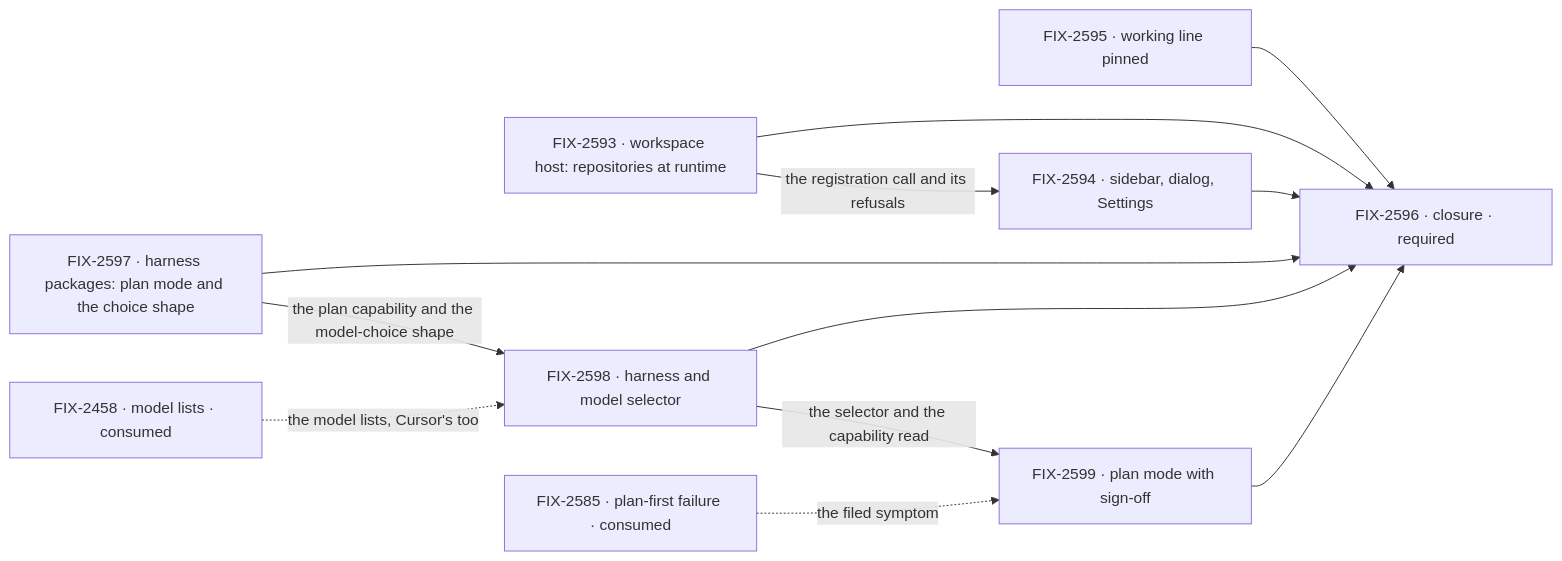
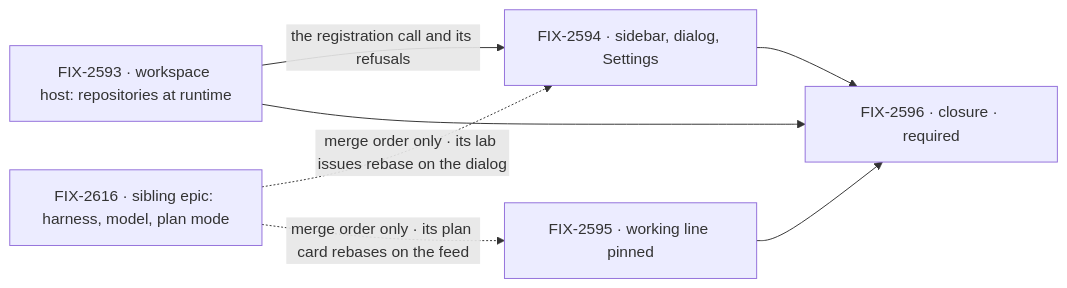
The second of 2 diagrams in specs/epics/FIX-2592/SPEC.md (fixpoint-labs/flow-state-dev), drawn with Mermaid before and after one commit. The commit also changed other lines of this file and 10 other files, not shown here.

````diff
--- a/specs/epics/FIX-2592/SPEC.md
+++ b/specs/epics/FIX-2592/SPEC.md
@@ -93,14 +93,9 @@
 ```mermaid
 flowchart LR
   A["FIX-2593 · workspace host: repositories at runtime"] -->|"the registration call and its refusals"| B["FIX-2594 · sidebar, dialog, Settings"]
-  P["FIX-2597 · harness packages: plan mode and the choice shape"] -->|"the plan capability and the model-choice shape"| D["FIX-2598 · harness and model selector"]
-  D -->|"the selector and the capability read"| E["FIX-2599 · plan mode with sign-off"]
-  M["FIX-2458 · model lists · consumed"] -.->|"the model lists, Cursor's too"| D
-  R["FIX-2585 · plan-first failure · consumed"] -.->|"the filed symptom"| E
   C["FIX-2595 · working line pinned"] --> Z["FIX-2596 · closure · required"]
   A --> Z
   B --> Z
-  P --> Z
-  D --> Z
-  E --> Z
+  S["FIX-2616 · sibling epic: harness, model, plan mode"] -.->|"merge order only · its lab issues rebase on the dialog"| B
+  S -.->|"merge order only · its plan card rebases on the feed"| C
 ```
````
